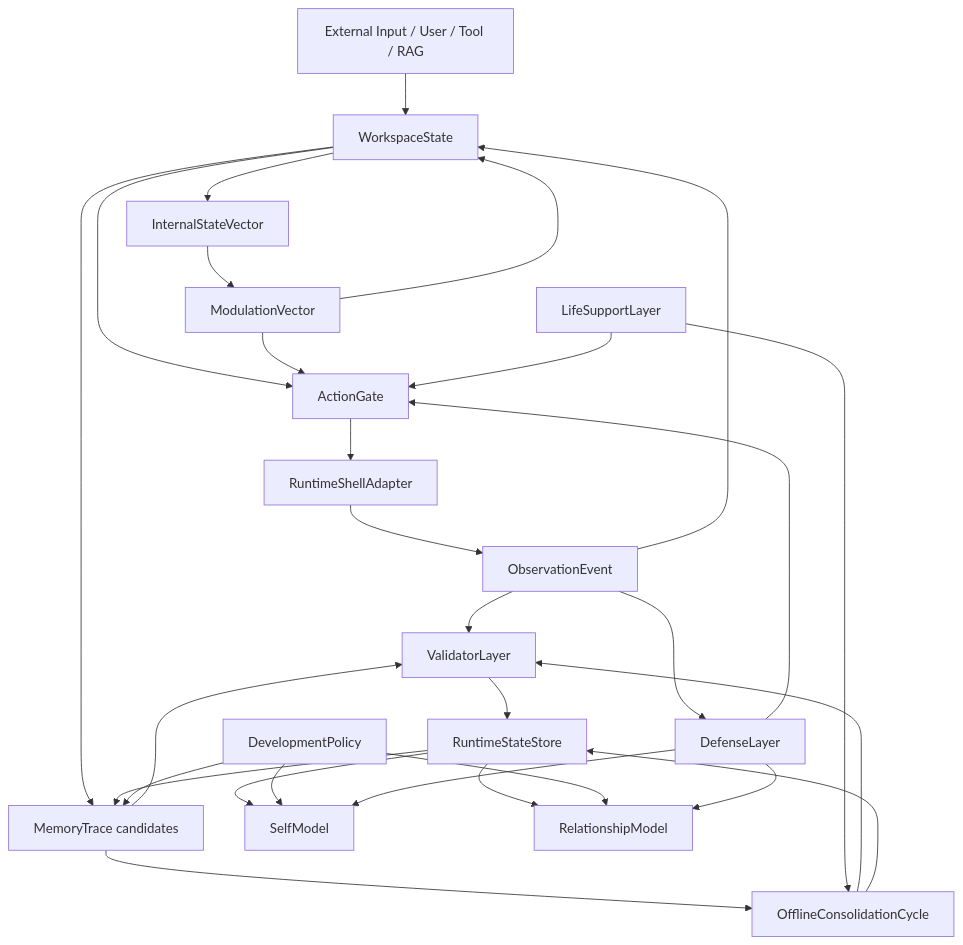
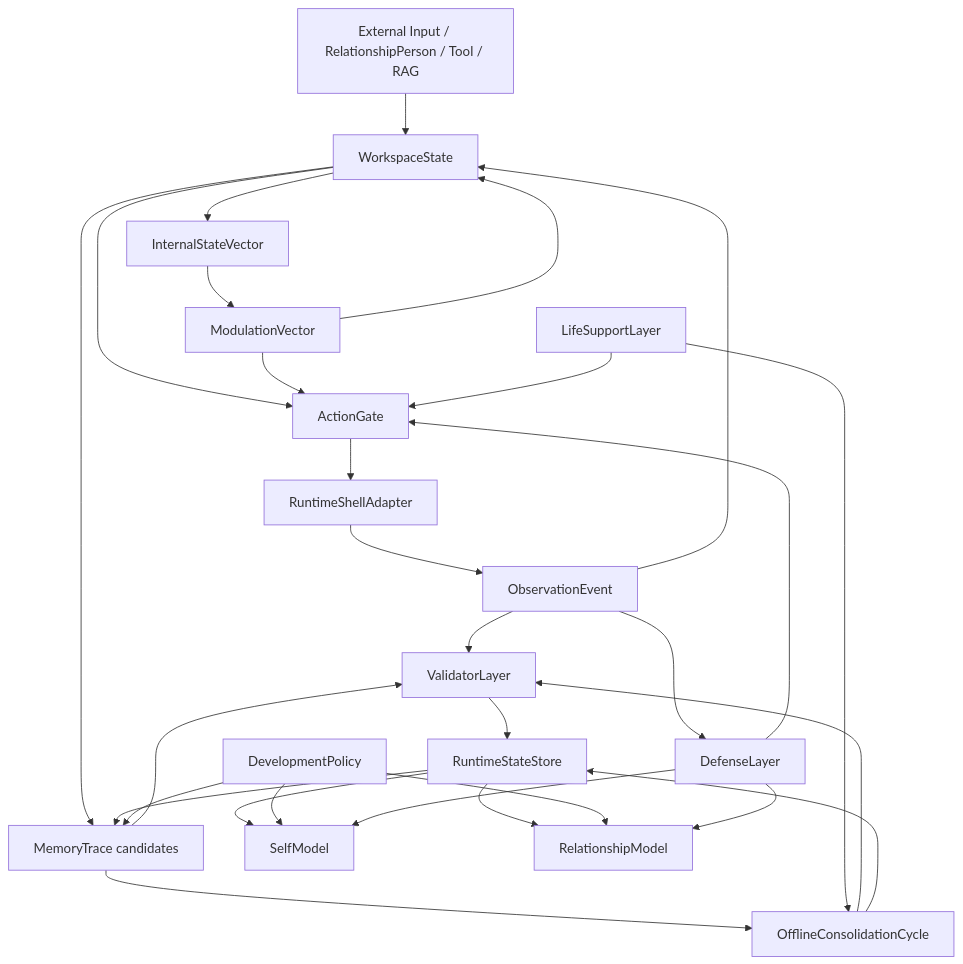
One commit to hhhx-lab/human-agent changed the diagram in docs/42_life_core_minimal_object_graph.md. Above: the diagram before and after it, drawn with Mermaid. The commit also changed other lines of this file and 91 other files, not shown here.

````diff
--- a/docs/42_life_core_minimal_object_graph.md
+++ b/docs/42_life_core_minimal_object_graph.md
@@ -27,31 +27,31 @@
 ```mermaid
 flowchart TD
-  Input["External Input / User / Tool / RAG"] --> Workspace["WorkspaceState"]
+  Input["External Input / RelationshipPerson / Tool / RAG"] --> Workspace["WorkspaceState"]
   Workspace --> State["InternalStateVector"]
   State --> Modulation["ModulationVector"]
   Modulation --> Workspace
   Workspace --> Memory["MemoryTrace candidates"]
   Memory --> Validators["ValidatorLayer"]
   Validators --> Store["RuntimeStateStore"]
   Store --> Memory
   Workspace --> ActionGate["ActionGate"]
   Modulation --> ActionGate
   Defense["DefenseLayer"] --> ActionGate
   LifeSupport["LifeSupportLayer"] --> ActionGate
   ActionGate --> Runtime["RuntimeShellAdapter"]
   Runtime --> Observation["ObservationEvent"]
   Observation --> Workspace
   Observation --> Defense
   Observation --> Validators
   Memory --> Consolidation["OfflineConsolidationCycle"]
   Consolidation --> Validators
   Consolidation --> Store
   Store --> Self["SelfModel"]
   Store --> Relation["RelationshipModel"]
   Development["DevelopmentPolicy"] --> Self
   Development --> Relation
   Development --> Memory
   Defense --> Self
   Defense --> Relation
   LifeSupport --> Consolidation
 ```
````
